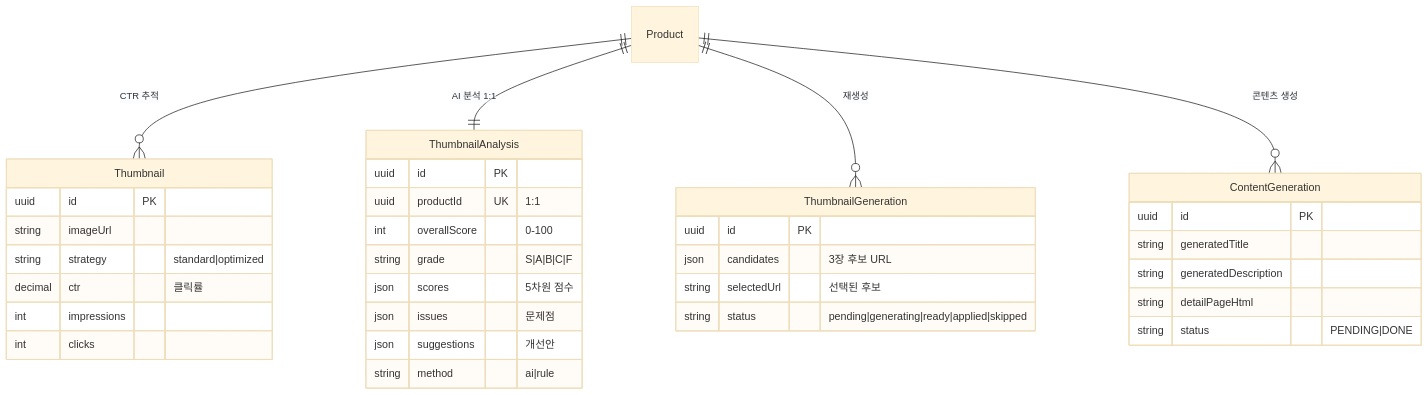
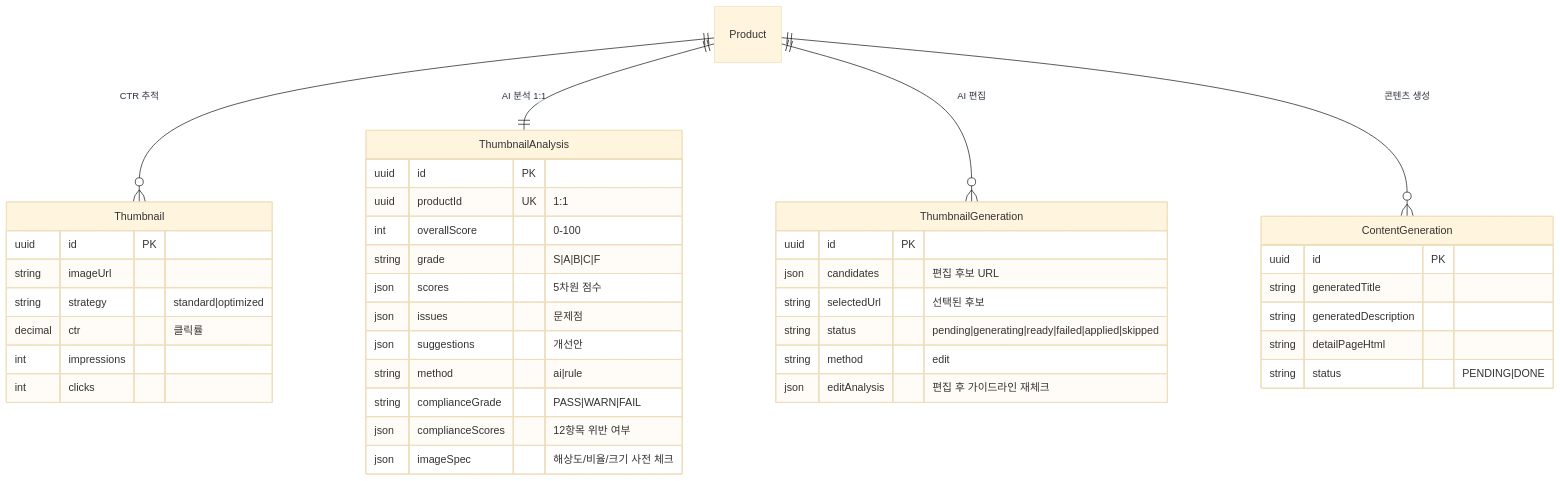
The eighth of 10 diagrams in .claude/docs/erd.md (AgentFoundry-Labs/kiditem), drawn with Mermaid (base theme) before and after one commit. The commit also changed other lines of this file and 2 other files, not shown here.

Commit message:
docs: PR 생성 전 컨벤션 체크 항목 추가
프론트/백엔드/스키마/공통 체크리스트 명시.
이번 리뷰에서 발견된 패턴 반영: DTO 분리, 공유 타입, 빈 catch, 유틸리티 중복.

````diff
--- a/.claude/docs/erd.md
+++ b/.claude/docs/erd.md
@@ -423,39 +423,44 @@
 ```mermaid
 erDiagram
     Thumbnail {
         uuid id PK
         string imageUrl
         string strategy "standard|optimized"
         decimal ctr "클릭률"
         int impressions
         int clicks
     }
     ThumbnailAnalysis {
         uuid id PK
         uuid productId UK "1:1"
         int overallScore "0-100"
         string grade "S|A|B|C|F"
         json scores "5차원 점수"
         json issues "문제점"
         json suggestions "개선안"
         string method "ai|rule"
+        string complianceGrade "PASS|WARN|FAIL"
+        json complianceScores "12항목 위반 여부"
+        json imageSpec "해상도/비율/크기 사전 체크"
     }
     ThumbnailGeneration {
         uuid id PK
-        json candidates "3장 후보 URL"
+        json candidates "편집 후보 URL"
         string selectedUrl "선택된 후보"
-        string status "pending|generating|ready|applied|skipped"
+        string status "pending|generating|ready|failed|applied|skipped"
+        string method "edit"
+        json editAnalysis "편집 후 가이드라인 재체크"
     }
     ContentGeneration {
         uuid id PK
         string generatedTitle
         string generatedDescription
         string detailPageHtml
         string status "PENDING|DONE"
     }
 
     Product ||--o{ Thumbnail : "CTR 추적"
     Product ||--|| ThumbnailAnalysis : "AI 분석 1:1"
-    Product ||--o{ ThumbnailGeneration : "재생성"
+    Product ||--o{ ThumbnailGeneration : "AI 편집"
     Product ||--o{ ContentGeneration : "콘텐츠 생성"
 ```
````
